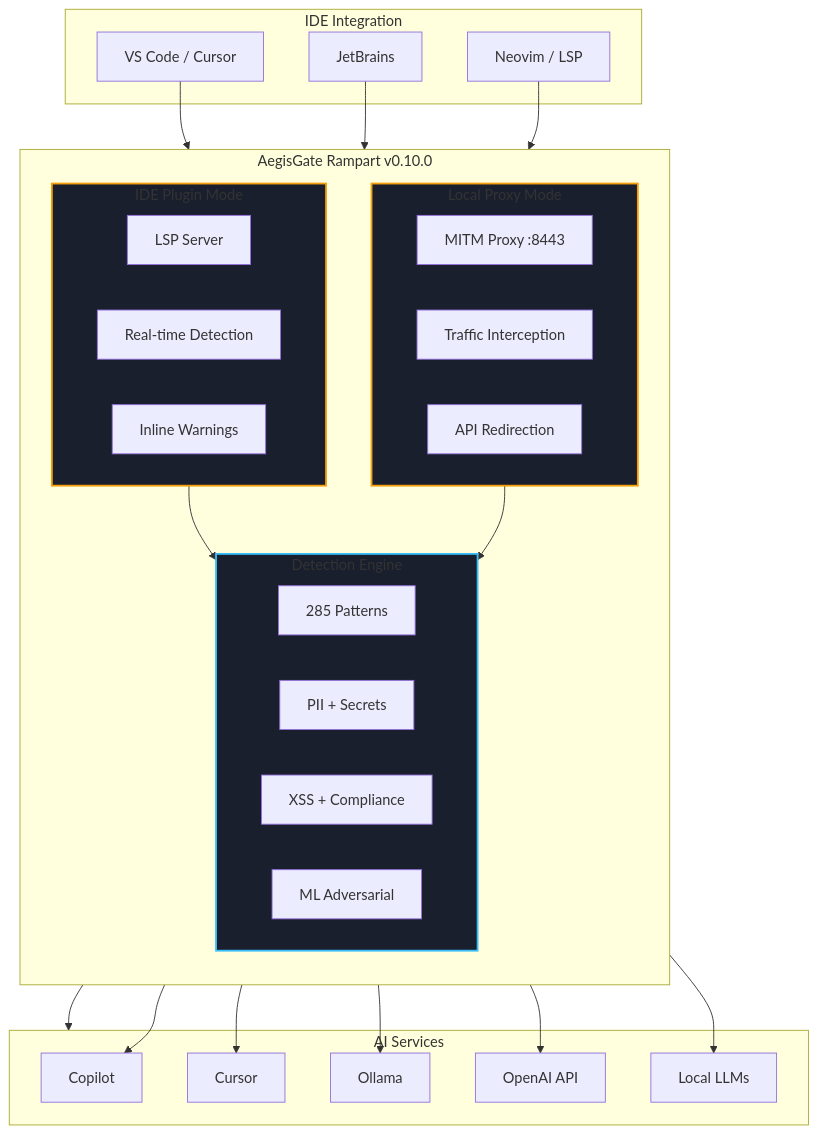
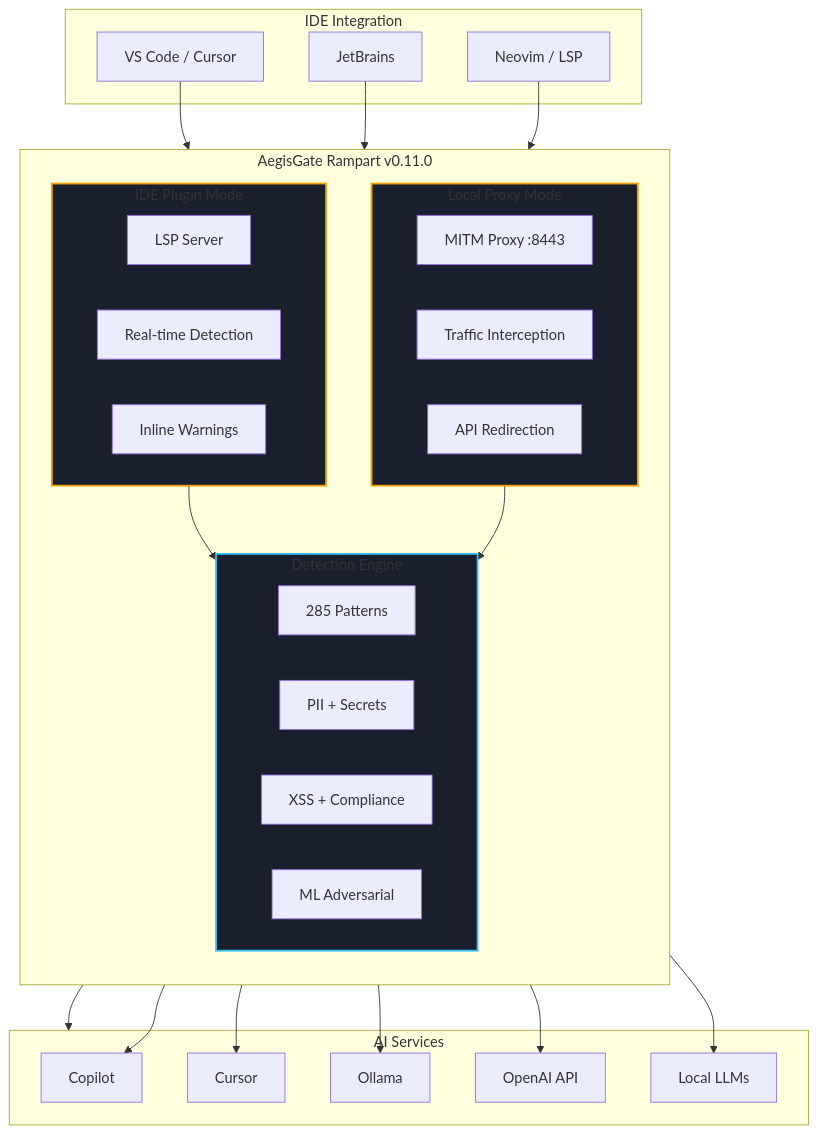
One commit to aegisgatesecurity/aegisgate-site changed the first of 3 diagrams in content/rampart/_index.md. Above: the diagram before and after it, drawn with Mermaid. The commit also changed other lines of this file and 32 other files, not shown here.

```diff
--- a/content/rampart/_index.md
+++ b/content/rampart/_index.md
@@ -77,57 +77,57 @@
 {{< mermaid >}}
 flowchart TD
     subgraph IDE["IDE Integration"]
         VS[VS Code / Cursor]
         JB[JetBrains]
         NV[Neovim / LSP]
     end
 
-    subgraph Rampart["AegisGate Rampart v0.10.0"]
+    subgraph Rampart["AegisGate Rampart v0.11.0"]
         direction TB
         
         subgraph PluginMode["IDE Plugin Mode"]
             PM1[LSP Server]
             PM2[Real-time Detection]
             PM3[Inline Warnings]
         end
         
         subgraph ProxyMode["Local Proxy Mode"]
             PX1[MITM Proxy :8443]
             PX2[Traffic Interception]
             PX3[API Redirection]
         end
         
         subgraph Engine["Detection Engine"]
             E1[285 Patterns]
             E2[PII + Secrets]
             E3[XSS + Compliance]
             E4[ML Adversarial]
         end
     end
 
     subgraph AI["AI Services"]
         A[Copilot]
         B[Cursor]
         C[Ollama]
         D[OpenAI API]
         E[Local LLMs]
     end
 
     VS --> PluginMode
     JB --> PluginMode
     NV --> PluginMode
     
     PluginMode --> Engine
     ProxyMode --> Engine
     
     PluginMode --> AI
     ProxyMode --> A
     ProxyMode --> B
     ProxyMode --> C
     ProxyMode --> D
     ProxyMode --> E
 
     style PluginMode fill:#1a1f2e,stroke:#f59e0b,stroke-width:2px
     style ProxyMode fill:#1a1f2e,stroke:#f59e0b,stroke-width:2px
     style Engine fill:#1a1f2e,stroke:#38bdf8,stroke-width:2px
 {{< /mermaid >}}
```
